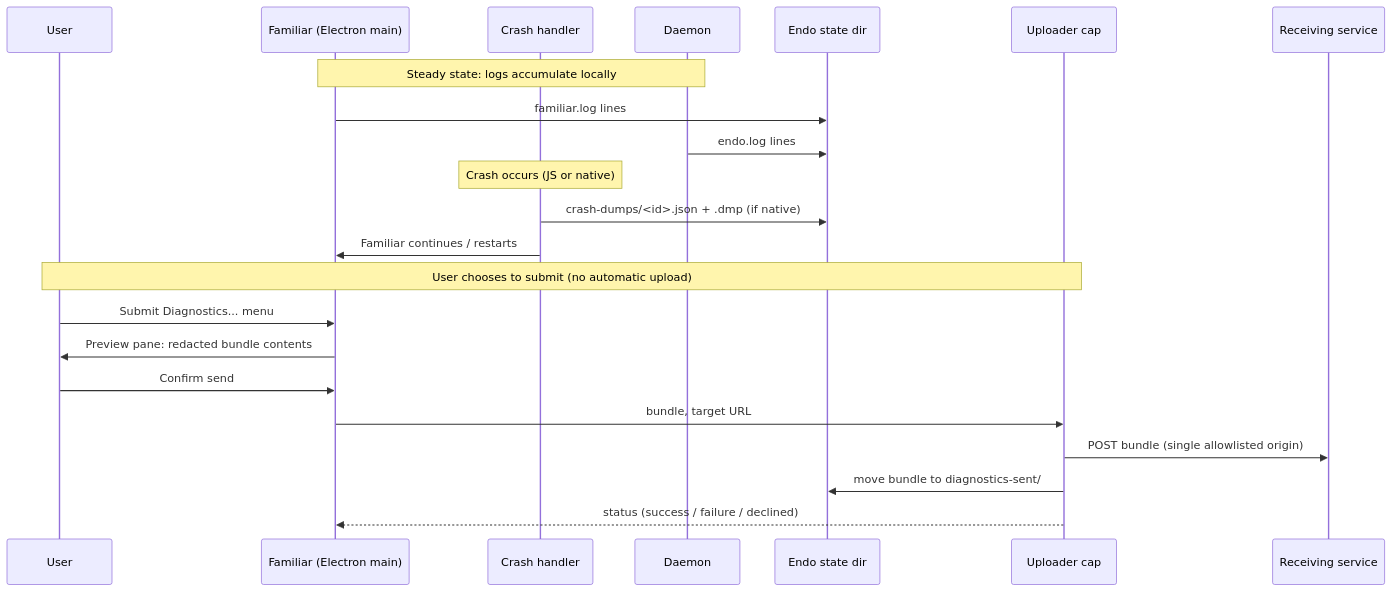
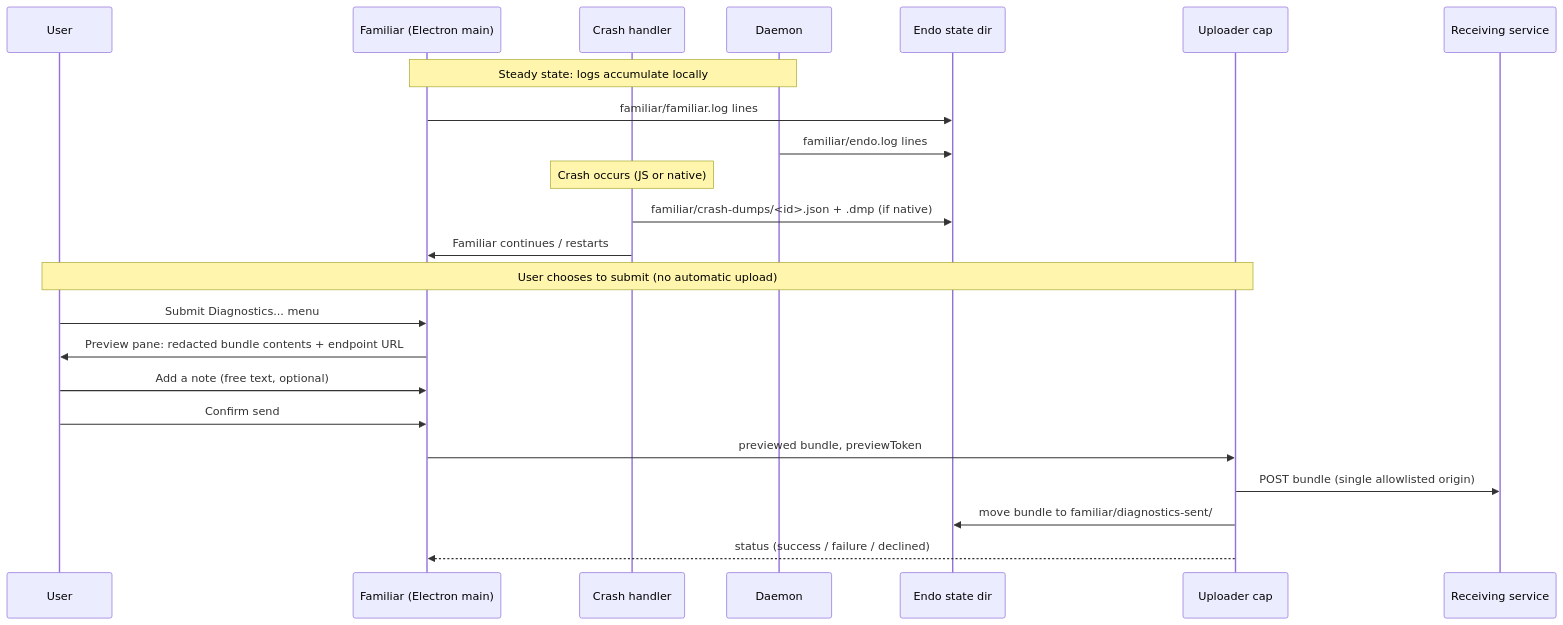
Before and after one commit to endojs/endo-but-for-bots: the second of 2 diagrams in designs/familiar-telemetry-crash-reporting.md, drawn with Mermaid. The commit also changed other lines of this file and 1 other file, not shown here.

````diff
--- a/designs/familiar-telemetry-crash-reporting.md
+++ b/designs/familiar-telemetry-crash-reporting.md
@@ -152,27 +137,28 @@
 ```mermaid
 sequenceDiagram
   participant U as User
   participant F as Familiar (Electron main)
   participant C as Crash handler
   participant D as Daemon
   participant FS as Endo state dir
   participant UP as Uploader cap
   participant S as Receiving service
 
   Note over F,D: Steady state: logs accumulate locally
-  F->>FS: familiar.log lines
-  D->>FS: endo.log lines
+  F->>FS: familiar/familiar.log lines
+  D->>FS: familiar/endo.log lines
 
   Note over C: Crash occurs (JS or native)
-  C->>FS: crash-dumps/<id>.json + .dmp (if native)
+  C->>FS: familiar/crash-dumps/<id>.json + .dmp (if native)
   C->>F: Familiar continues / restarts
 
   Note over U,UP: User chooses to submit (no automatic upload)
   U->>F: Submit Diagnostics... menu
-  F->>U: Preview pane: redacted bundle contents
+  F->>U: Preview pane: redacted bundle contents + endpoint URL
+  U->>F: Add a note (free text, optional)
   U->>F: Confirm send
-  F->>UP: bundle, target URL
+  F->>UP: previewed bundle, previewToken
   UP->>S: POST bundle (single allowlisted origin)
-  UP->>FS: move bundle to diagnostics-sent/
+  UP->>FS: move bundle to familiar/diagnostics-sent/
   UP-->>F: status (success / failure / declined)
 ```
````
